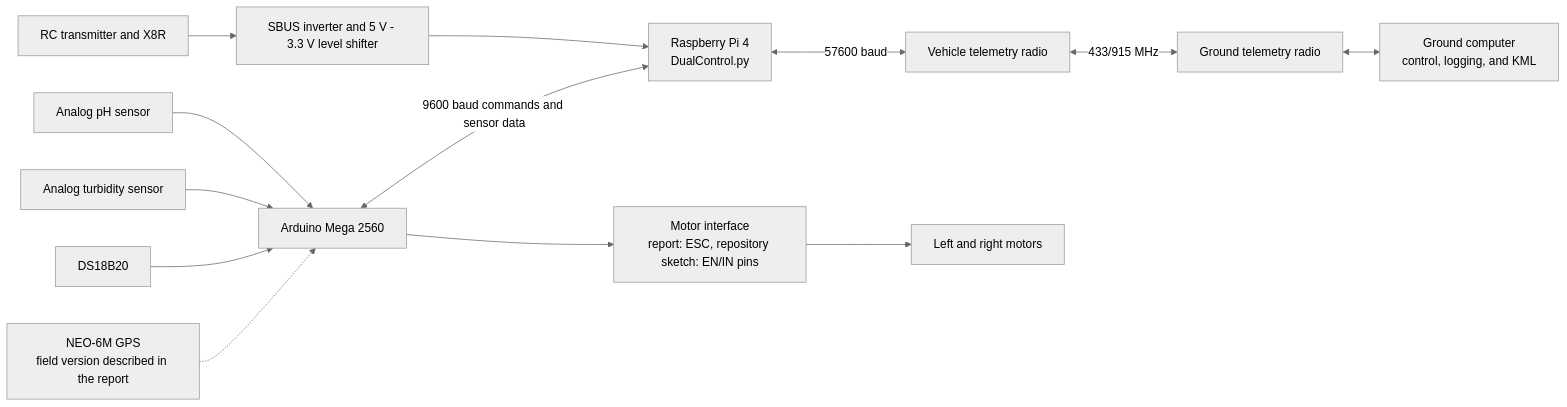
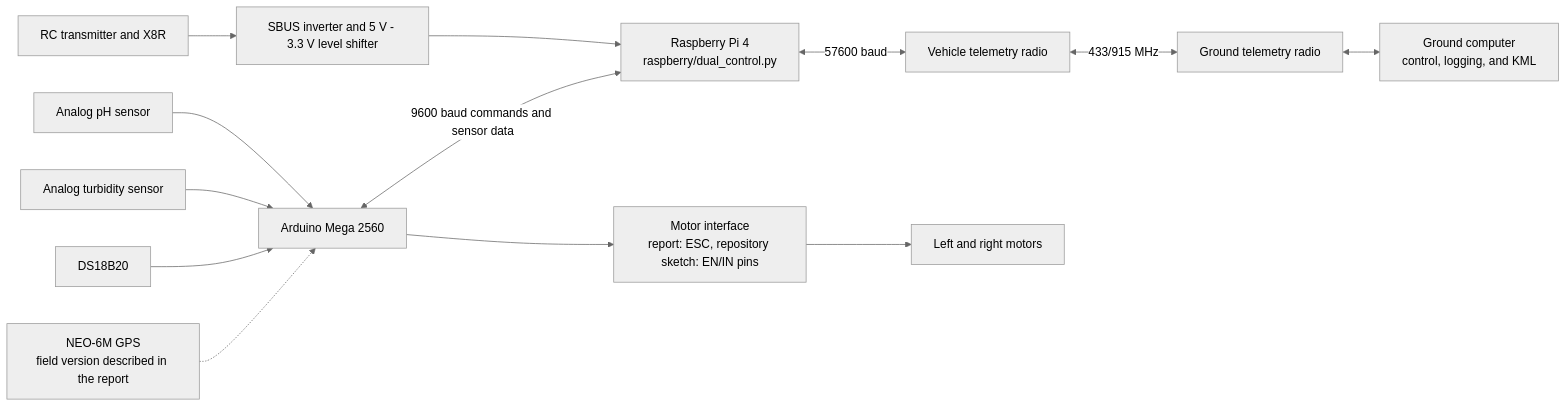
One commit to emircanylmz/water-quality-usv changed the diagram in README.en.md. Above: the diagram before and after it, drawn with Mermaid (neutral theme). The commit also changed other lines of this file and 30 other files, not shown here.

````diff
--- a/README.en.md
+++ b/README.en.md
@@ -11,15 +11,15 @@
 ```mermaid
 flowchart LR
     RC["RC transmitter and X8R"] --> INV["SBUS inverter and 5 V - 3.3 V level shifter"]
-    INV --> RPI["Raspberry Pi 4<br/>DualControl.py"]
+    INV --> RPI["Raspberry Pi 4<br/>raspberry/dual_control.py"]
     PH["Analog pH sensor"] --> MCU["Arduino Mega 2560"]
     TURB["Analog turbidity sensor"] --> MCU
     TEMP["DS18B20"] --> MCU
     GPS["NEO-6M GPS<br/>field version described in the report"] -.-> MCU
     MCU <-->|"9600 baud commands and sensor data"| RPI
     MCU --> DRIVE["Motor interface<br/>report: ESC, repository sketch: EN/IN pins"]
     DRIVE --> MOTORS["Left and right motors"]
     RPI <-->|"57600 baud"| AIR["Vehicle telemetry radio"]
     AIR <-->|"433/915 MHz"| GROUND["Ground telemetry radio"]
     GROUND <--> PC["Ground computer<br/>control, logging, and KML"]
 ```
````
